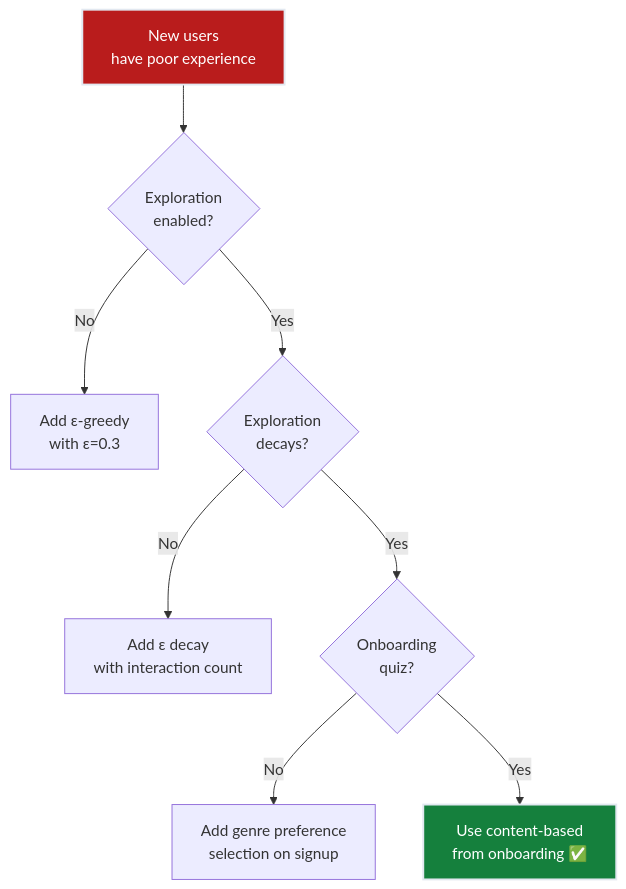
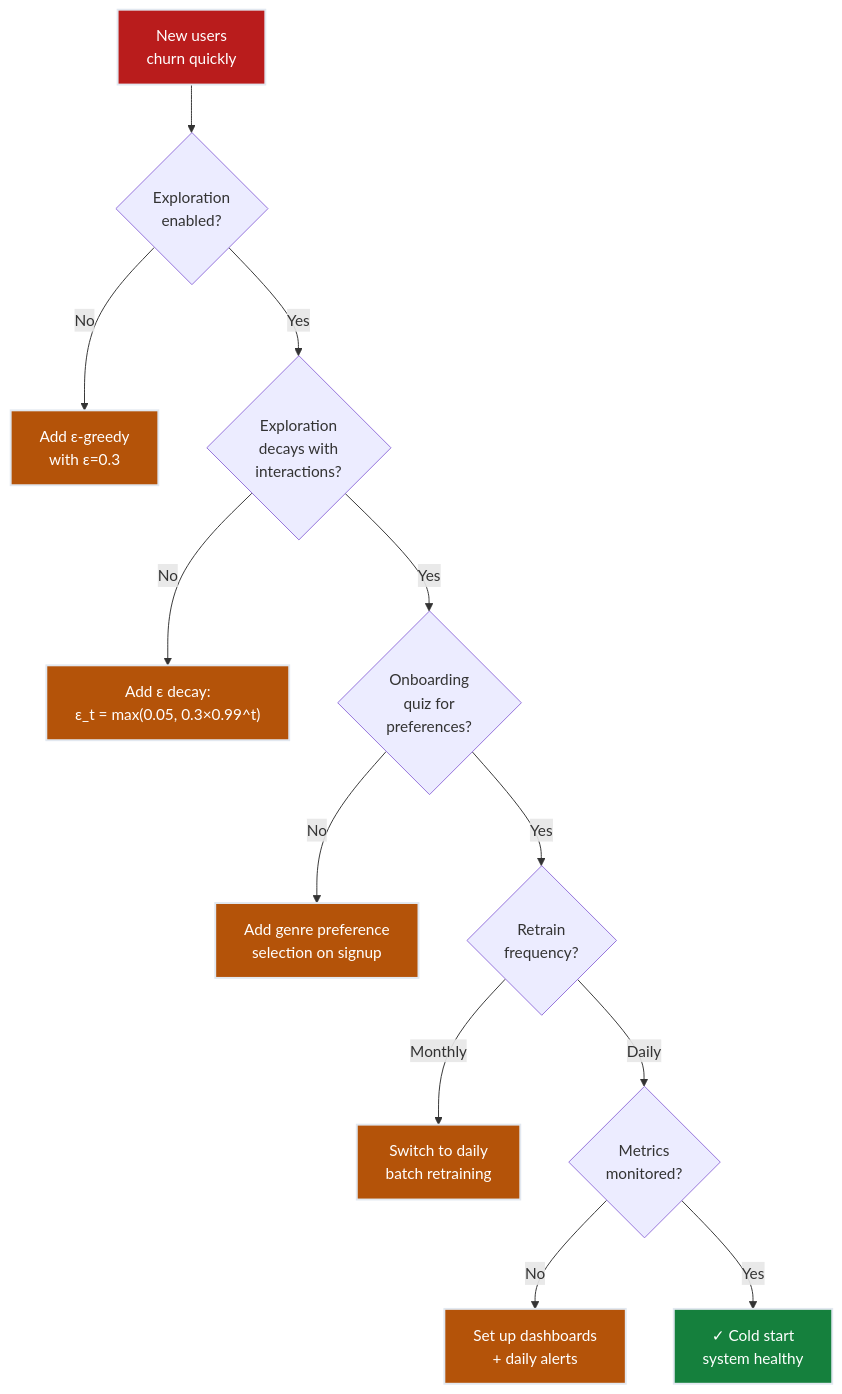
One commit to deepakshamsft/ai-portfolio changed the fifth of 5 diagrams in notes/ML/04_recommender_systems/ch06_cold_start_production/README.md. Above: the diagram before and after it, drawn with Mermaid. The commit also changed other lines of this file and 41 other files, not shown here.

````diff
--- a/notes/ML/04_recommender_systems/ch06_cold_start_production/README.md
+++ b/notes/ML/04_recommender_systems/ch06_cold_start_production/README.md
@@ -360,13 +680,22 @@
 ```mermaid
 flowchart TD
-    START["New users<br/>have poor experience"] --> EXPLORE{"Exploration<br/>enabled?"}
+    START["New users<br/>churn quickly"] --> EXPLORE{"Exploration<br/>enabled?"}
     EXPLORE -->|"No"| FIX1["Add ε-greedy<br/>with ε=0.3"]
-    EXPLORE -->|"Yes"| DECAY{"Exploration<br/>decays?"}
-    DECAY -->|"No"| FIX2["Add ε decay<br/>with interaction count"]
-    DECAY -->|"Yes"| ONBOARD{"Onboarding<br/>quiz?"}
+    EXPLORE -->|"Yes"| DECAY{"Exploration<br/>decays with<br/>interactions?"}
+    DECAY -->|"No"| FIX2["Add ε decay:<br/>ε_t = max(0.05, 0.3×0.99^t)"]
+    DECAY -->|"Yes"| ONBOARD{"Onboarding<br/>quiz for<br/>preferences?"}
     ONBOARD -->|"No"| FIX3["Add genre preference<br/>selection on signup"]
-    ONBOARD -->|"Yes"| CONTENT["Use content-based<br/>from onboarding ✅"]
+    ONBOARD -->|"Yes"| RETRAIN{"Retrain<br/>frequency?"}
+    RETRAIN -->|"Monthly"| FIX4["Switch to daily<br/>batch retraining"]
+    RETRAIN -->|"Daily"| MONITOR{"Metrics<br/>monitored?"}
+    MONITOR -->|"No"| FIX5["Set up dashboards<br/>+ daily alerts"]
+    MONITOR -->|"Yes"| SUCCESS["✓ Cold start<br/>system healthy"]
     
     style START fill:#b91c1c,stroke:#e2e8f0,stroke-width:2px,color:#ffffff
-    style CONTENT fill:#15803d,stroke:#e2e8f0,stroke-width:2px,color:#ffffff
+    style SUCCESS fill:#15803d,stroke:#e2e8f0,stroke-width:2px,color:#ffffff
+    style FIX1 fill:#b45309,stroke:#e2e8f0,stroke-width:2px,color:#ffffff
+    style FIX2 fill:#b45309,stroke:#e2e8f0,stroke-width:2px,color:#ffffff
+    style FIX3 fill:#b45309,stroke:#e2e8f0,stroke-width:2px,color:#ffffff
+    style FIX4 fill:#b45309,stroke:#e2e8f0,stroke-width:2px,color:#ffffff
+    style FIX5 fill:#b45309,stroke:#e2e8f0,stroke-width:2px,color:#ffffff
 ```
````
